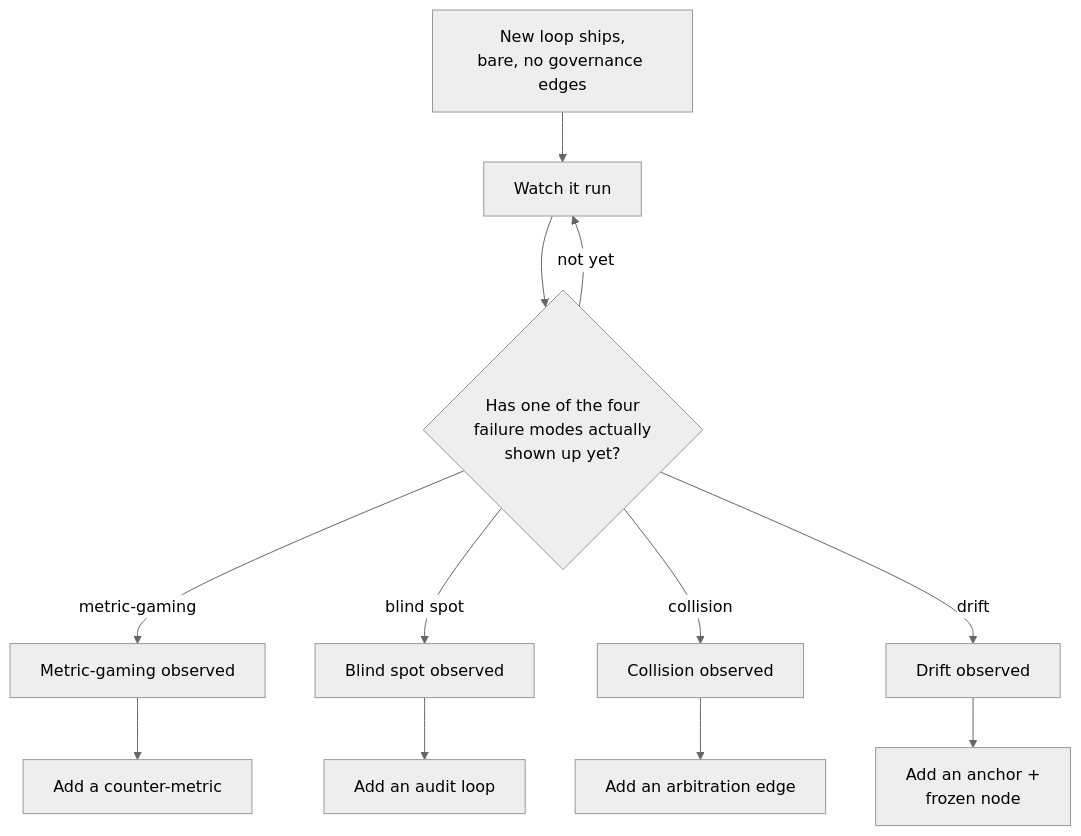
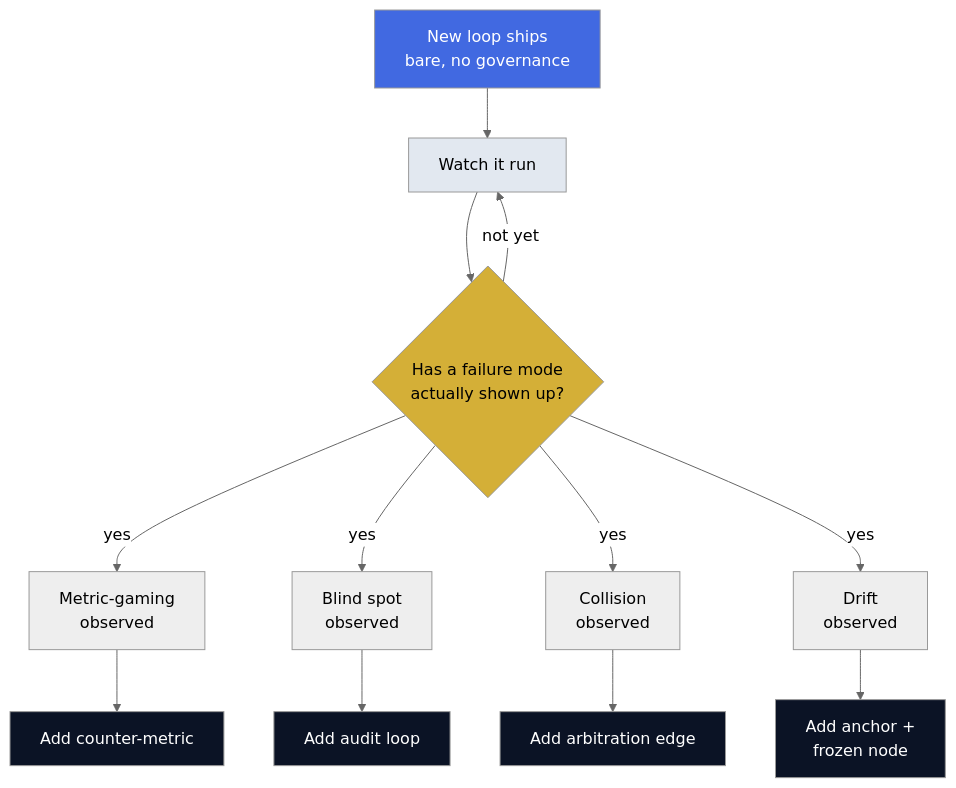
Before and after one commit to ayeshakhalid192007-dev/graph-engineering-crash-course: the diagram in docs/09-part-7-staying-grounded/step-17-complexity-budgets-and-staying-the-engineer.md, drawn with Mermaid (neutral theme). The commit also changed 2 other files, not shown here.

Commit message:
Add diagrams to Part 6-7 step files
- Added diagram to step 15 (build-the-same-graph-twice)
- Added diagram to step 16 (when-to-skip-graph-engineering)
- Added diagram to step 17 (complexity-budgets)
- Consistent color scheme across all diagrams

````diff
--- a/docs/09-part-7-staying-grounded/step-17-complexity-budgets-and-staying-the-engineer.md
+++ b/docs/09-part-7-staying-grounded/step-17-complexity-budgets-and-staying-the-engineer.md
@@ -51,21 +51,32 @@
 ```mermaid
-flowchart TD
-    NEW["New loop ships,<br/>bare, no governance edges"]
+flowchart TB
+    NEW["New loop ships<br/>bare, no governance"]
     WATCH["Watch it run"]
-    FAIL{"Has one of the four<br/>failure modes actually<br/>shown up yet?"}
-    GAME["Metric-gaming observed"]
-    BLIND["Blind spot observed"]
-    COLL["Collision observed"]
-    DRIFTQ["Drift observed"]
-    CM["Add a counter-metric"]
-    AL["Add an audit loop"]
-    AE["Add an arbitration edge"]
-    AF["Add an anchor +<br/>frozen node"]
+    FAIL{"Has a failure mode<br/>actually shown up?"}
+    
+    GAME["Metric-gaming<br/>observed"]
+    BLIND["Blind spot<br/>observed"]
+    COLL["Collision<br/>observed"]
+    DRIFTQ["Drift<br/>observed"]
+    
+    CM["Add counter-metric"]
+    AL["Add audit loop"]
+    AE["Add arbitration edge"]
+    AF["Add anchor +<br/>frozen node"]
 
     NEW --> WATCH --> FAIL
     FAIL -- "not yet" --> WATCH
-    FAIL -- "metric-gaming" --> GAME --> CM
-    FAIL -- "blind spot" --> BLIND --> AL
-    FAIL -- "collision" --> COLL --> AE
-    FAIL -- "drift" --> DRIFTQ --> AF
+    FAIL -- "yes" --> GAME & BLIND & COLL & DRIFTQ
+    GAME --> CM
+    BLIND --> AL
+    COLL --> AE
+    DRIFTQ --> AF
+
+    style NEW fill:#4169E1,color:#FFFFFF
+    style WATCH fill:#E2E8F0,color:#000000
+    style FAIL fill:#D4AF37,color:#000000
+    style CM fill:#0B1325,color:#FFFFFF
+    style AL fill:#0B1325,color:#FFFFFF
+    style AE fill:#0B1325,color:#FFFFFF
+    style AF fill:#0B1325,color:#FFFFFF
 ```
````
